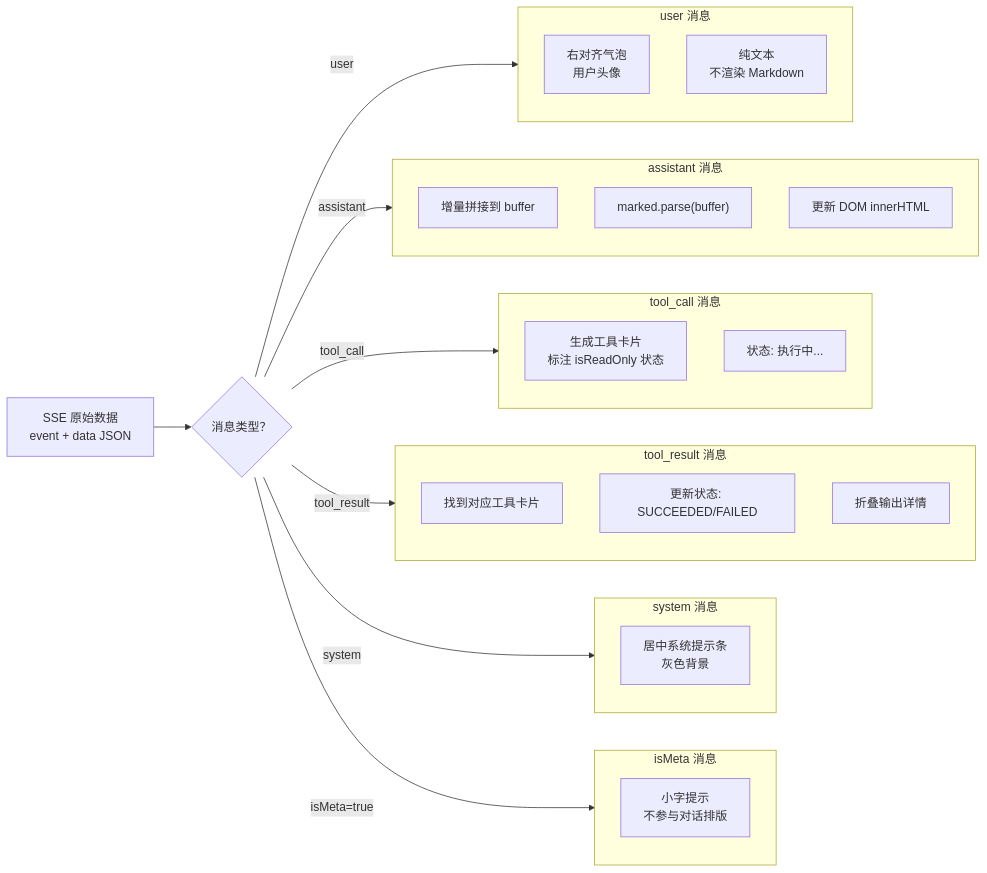
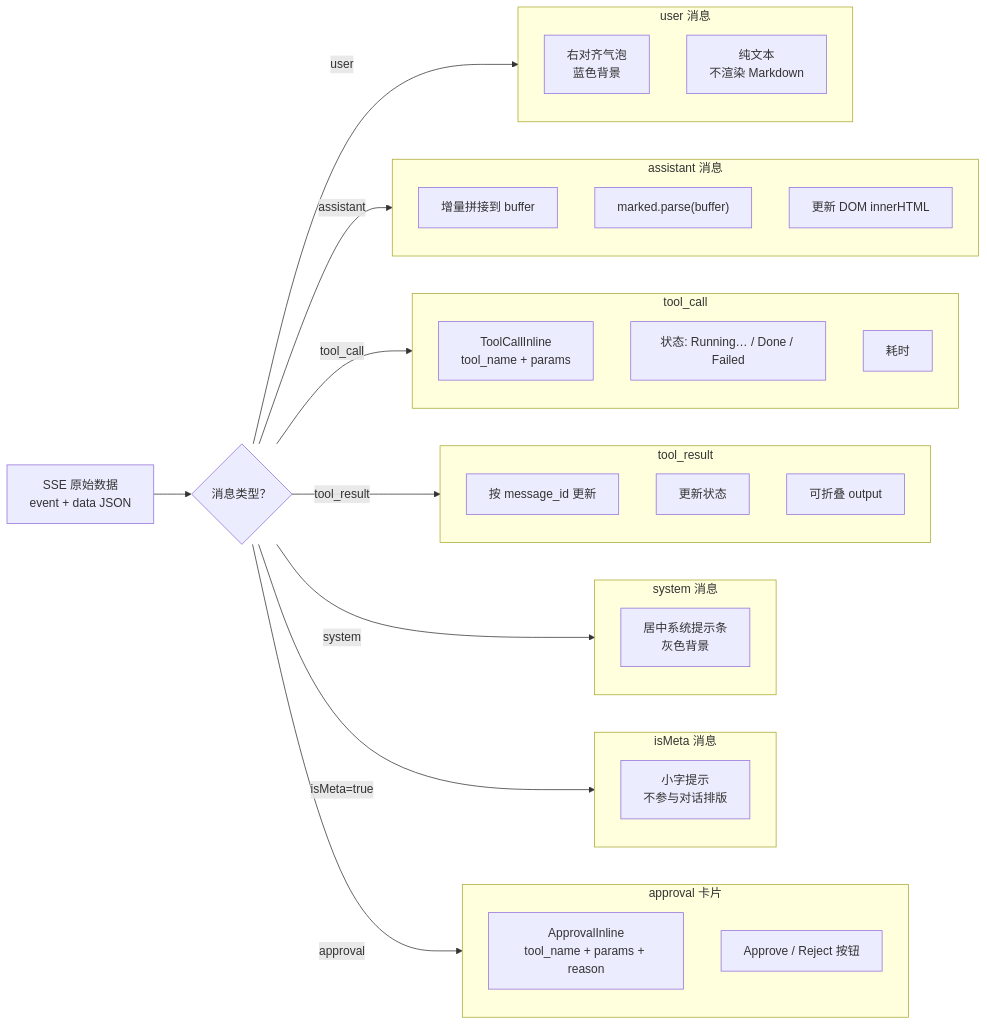
The sixth of 6 diagrams in frontend/graph.md (nazzeDe/alascup-agent), drawn with Mermaid before and after one commit. The commit also changed other lines of this file and 24 other files, not shown here.

````diff
--- a/frontend/graph.md
+++ b/frontend/graph.md
@@ -332,45 +346,50 @@
 ```mermaid
 flowchart LR
-    %% 声明
     msg_raw["SSE 原始数据<br/>event + data JSON"]
     classify{"消息类型？"}
 
     subgraph pipe_user["user 消息"]
-        u_align["右对齐气泡<br/>用户头像"]
+        u_align["右对齐气泡<br/>蓝色背景"]
         u_text["纯文本<br/>不渲染 Markdown"]
     end
 
     subgraph pipe_assistant["assistant 消息"]
         a_buf["增量拼接到 buffer"]
         a_parse["marked.parse(buffer)"]
         a_dom["更新 DOM innerHTML"]
     end
 
-    subgraph pipe_toolcall["tool_call 消息"]
-        t_card["生成工具卡片<br/>标注 isReadOnly 状态"]
-        t_status["状态: 执行中..."]
+    subgraph pipe_toolcall["tool_call"]
+        t_inline["ToolCallInline<br/>tool_name + params"]
+        t_status["状态: Running… / Done / Failed"]
+        t_elapsed["耗时"]
     end
 
-    subgraph pipe_toolresult["tool_result 消息"]
-        r_find["找到对应工具卡片"]
-        r_status["更新状态: SUCCEEDED/FAILED"]
-        r_output["折叠输出详情"]
+    subgraph pipe_toolresult["tool_result"]
+        r_find["按 message_id 更新"]
+        r_status["更新状态"]
+        r_output["可折叠 output"]
     end
 
     subgraph pipe_system["system 消息"]
         s_banner["居中系统提示条<br/>灰色背景"]
     end
 
     subgraph pipe_meta["isMeta 消息"]
         m_small["小字提示<br/>不参与对话排版"]
     end
 
-    %% 连线
+    subgraph pipe_approval["approval 卡片"]
+        ap_card["ApprovalInline<br/>tool_name + params + reason"]
+        ap_btns["Approve / Reject 按钮"]
+    end
+
     msg_raw --> classify
     classify -- "user" --> pipe_user
     classify -- "assistant" --> pipe_assistant
     classify -- "tool_call" --> pipe_toolcall
     classify -- "tool_result" --> pipe_toolresult
     classify -- "system" --> pipe_system
     classify -- "isMeta=true" --> pipe_meta
+    classify -- "approval" --> pipe_approval
 ```
````
